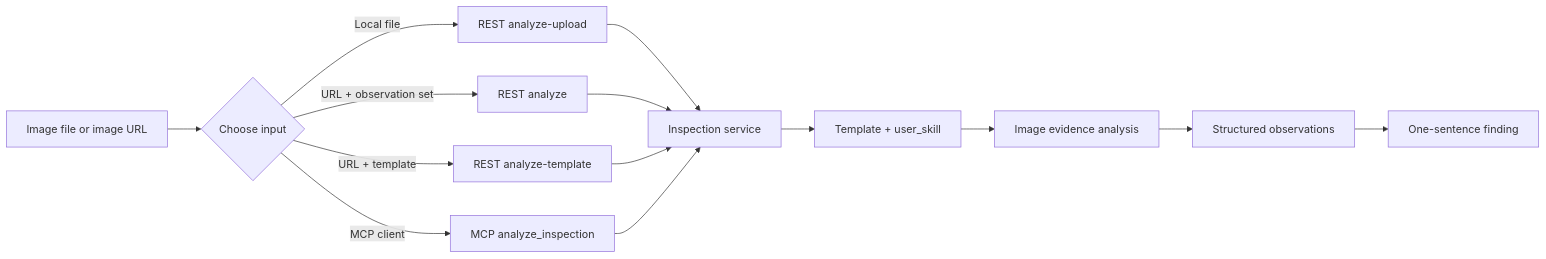
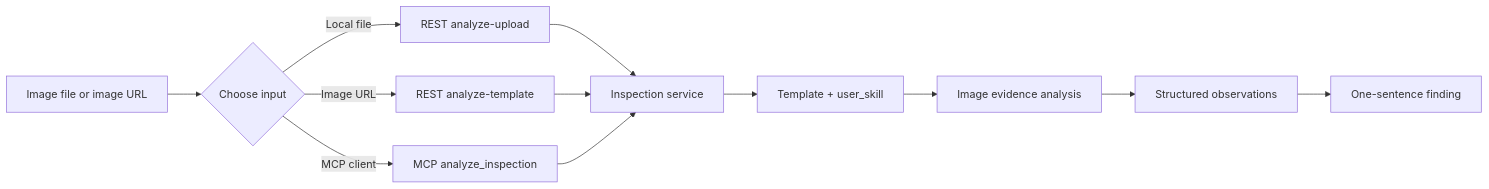
One commit to archclaw/open-inspection-registry changed the diagram in README.md. Above: the diagram before and after it, drawn with Mermaid. The commit also changed other lines of this file and 2 other files, not shown here.

````diff
--- a/README.md
+++ b/README.md
@@ -47,16 +48,14 @@
 ```mermaid
 flowchart LR
     A[Image file or image URL] --> B{Choose input}
     B -->|Local file| C[REST analyze-upload]
-    B -->|URL + observation set| D[REST analyze]
-    B -->|URL + template| E[REST analyze-template]
+    B -->|Image URL| D[REST analyze-template]
     B -->|MCP client| F[MCP analyze_inspection]
     C --> G[Inspection service]
     D --> G
-    E --> G
     F --> G
     G --> H[Template + user_skill]
     H --> I[Image evidence analysis]
     I --> J[Structured observations]
     J --> K[One-sentence finding]
 ```
````
